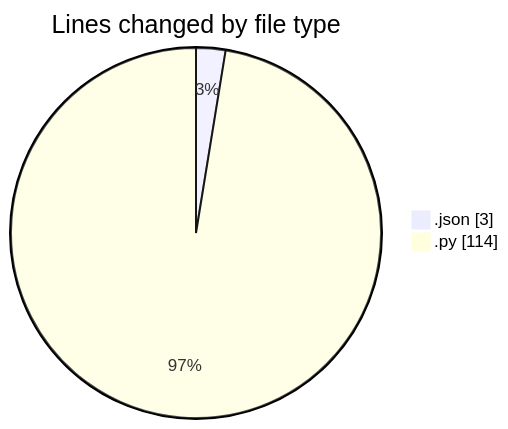
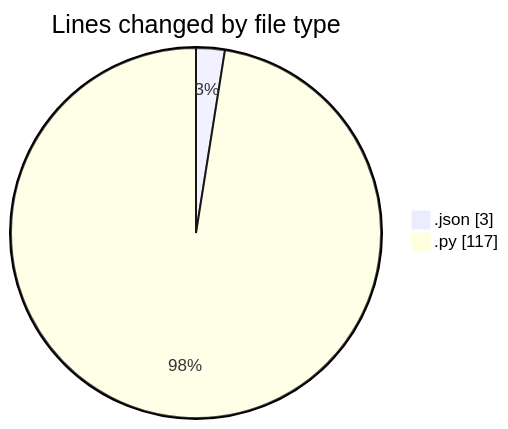
The first of 2 diagrams in 2025-10-08/untitled__workspace_/README.md (MatusMokan/code-tracking), drawn with Mermaid before and after one commit. The commit also changed other lines of this file and 1 other file, not shown here.

````diff
--- a/2025-10-08/untitled__workspace_/README.md
+++ b/2025-10-08/untitled__workspace_/README.md
@@ -21,6 +21,6 @@
 ```mermaid
 pie showData
 title Lines changed by file type
 ".json" : 3
-".py" : 114
+".py" : 117
 ```
````
